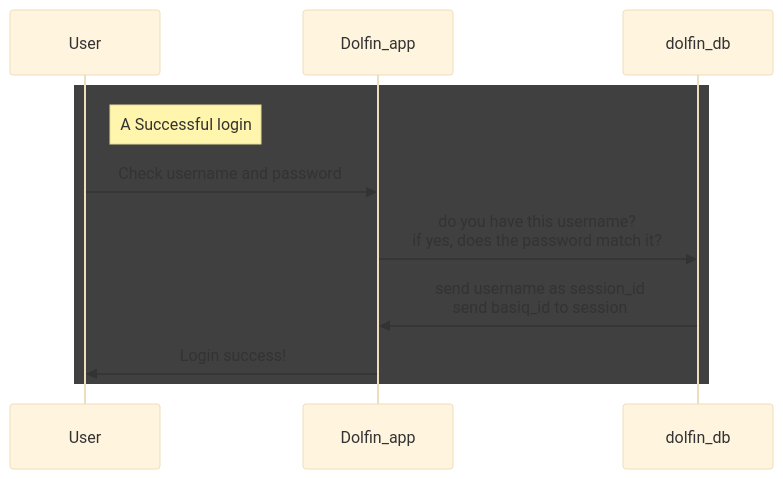
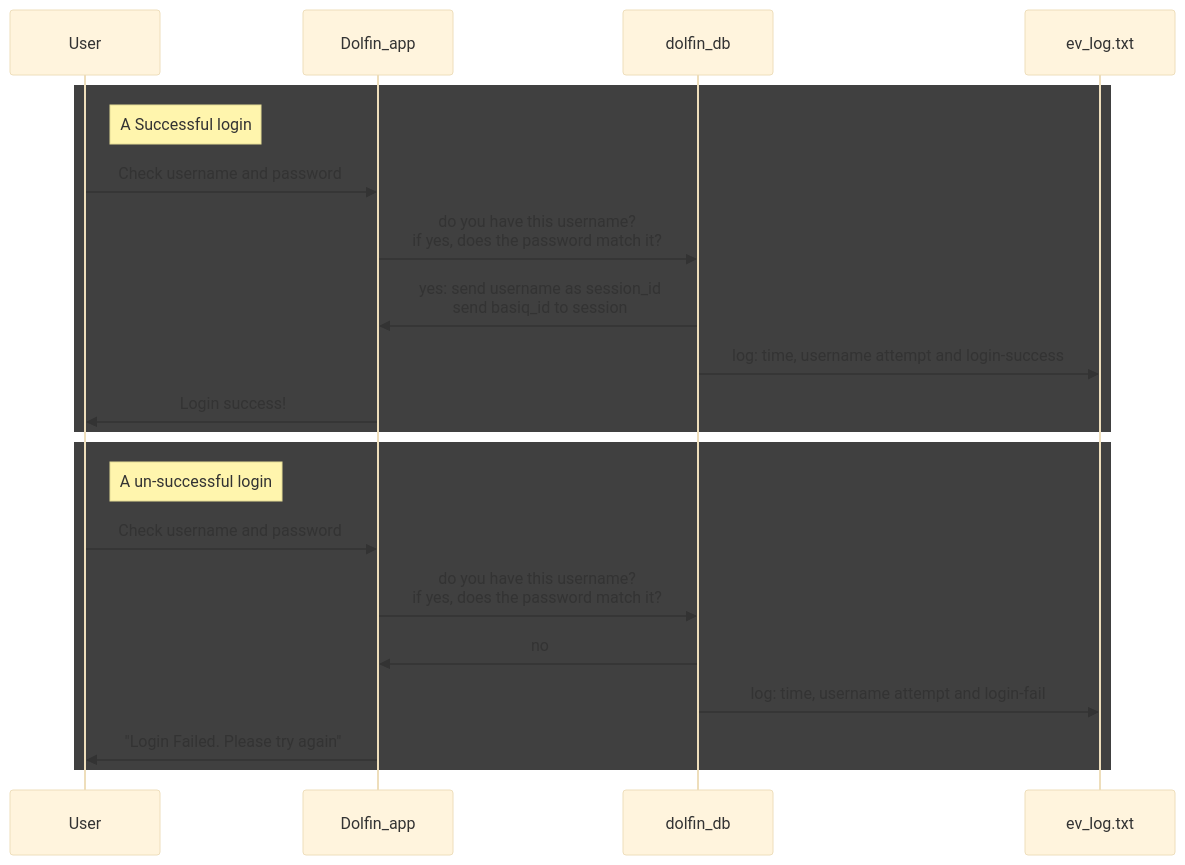
Before and after one commit to DataBytes-Organisation/Neo_Dolfin: the diagram in neo_dolfin/api_dataflows.md, drawn with Mermaid (base theme).

Commit message:
added unsuccessful login

````diff
--- a/neo_dolfin/api_dataflows.md
+++ b/neo_dolfin/api_dataflows.md
@@ -1,14 +1,28 @@
 ```mermaid
 sequenceDiagram
     rect rgb(64,64,64)
     note right of User: A Successful login
         User->>Dolfin_app: Check username and password
 
         Dolfin_app->>dolfin_db: do you have this username?<br>if yes, does the password match it?
 
-        dolfin_db->>Dolfin_app: send username as session_id<br>send basiq_id to session
+        dolfin_db->>Dolfin_app: yes: send username as session_id<br>send basiq_id to session
+        
+        dolfin_db->>ev_log.txt: log: time, username attempt and login-success
 
         Dolfin_app->>User: Login success!
     end
 
+    rect rgb(64,64,64)
+    note right of User: A un-successful login
+        User->>Dolfin_app: Check username and password
+
+        Dolfin_app->>dolfin_db: do you have this username?<br>if yes, does the password match it?
+
+        dolfin_db->>Dolfin_app: no
+        
+        dolfin_db->>ev_log.txt: log: time, username attempt and login-fail
+
+        Dolfin_app->>User: "Login Failed. Please try again"
+    end
 ```
````
